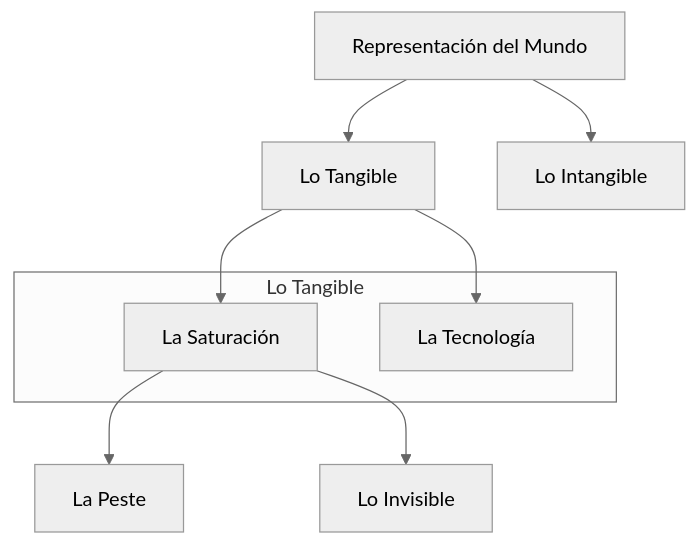
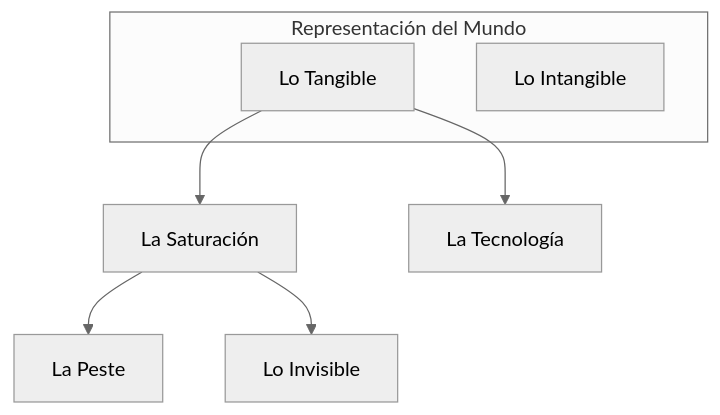
One commit to EGGS-Artesvisuales/EGGS-Artesvisuales.github.io changed the diagram in ES/tangible.md. Above: the diagram before and after it, drawn with Mermaid (neutral theme). The commit also changed other lines of this file, not shown here.

```diff
--- a/ES/tangible.md
+++ b/ES/tangible.md
@@ -44,26 +43,20 @@
 <div class="mermaid">
 graph TD
-    Representacion["Representación del Mundo"]
-    Representacion --> Tangible["Lo Tangible"]
-    Representacion --> Intangible["Lo Intangible"]
+    subgraph "Representación del Mundo"
+        Tangible["Lo Tangible"]
+        Intangible["Lo Intangible"]
+    end
 
     Tangible --> Saturacion["La Saturación"]
     Tangible --> Tecnologia["La Tecnología"]
 
     Saturacion --> Peste["La Peste"]
     Saturacion --> Invisible["Lo Invisible"]
 
-    %% Desarrollo del nodo "Lo Tangible"
-    subgraph "Lo Tangible"
-        Saturacion
-        Tecnologia
-    end
-
-    click Representacion "/ES/mundo-exterior.html" "Ir a Representación del Mundo"
     click Tangible "/ES/tangible.html" "Ir a Lo Tangible"
     click Intangible "/ES/intangible.html" "Ir a Lo Intangible"
     click Saturacion "/ES/saturacion.html" "Ir a La Saturación"
     click Tecnologia "/ES/tecnologia.html" "Ir a La Tecnología"
     click Peste "/ES/peste.html" "Ir a La Peste"
     click Invisible "/ES/invisible.html" "Ir a Lo Invisible"
 </div>
```
